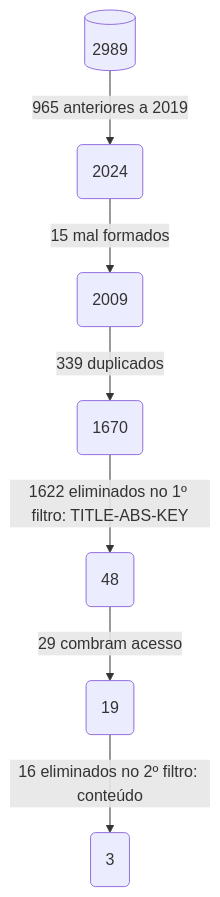
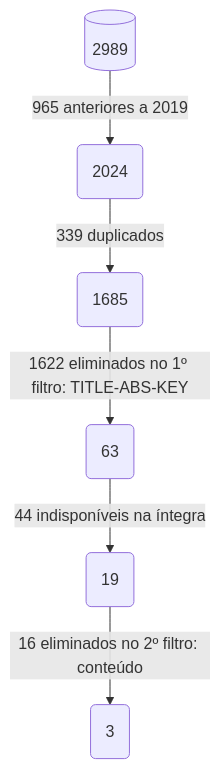
One commit to emanoelopes/-SBBD_DS4SG_2024_RSL changed the diagram in flowchart.mermaid. Above: the diagram before and after it, drawn with Mermaid.

Commit message:
Reagrupamento dos 15 artigos
Os 15 artigos não importados foram remanejados para o grupo dos indisponíveis na íntegra.

```diff
--- a/flowchart.mermaid
+++ b/flowchart.mermaid
@@ -1,7 +1,6 @@
 flowchart TD
     A[(2989)] -->|965 anteriores a 2019| B(2024)
-    B --> |15 mal formados| C(2009)
-    C --> |339 duplicados| D(1670)
-    D --> |1622 eliminados no 1º filtro: TITLE-ABS-KEY| E(48)
-    E --> |29 combram acesso| F(19)
-    F --> |16 eliminados no 2º filtro: conteúdo| G(3)
+    B --> |339 duplicados| C(1685)
+    C --> |1622 eliminados no 1º filtro: TITLE-ABS-KEY| D(63)
+    D --> |44 indisponíveis na íntegra| E(19)
+    E --> |16 eliminados no 2º filtro: conteúdo| F(3)
```
